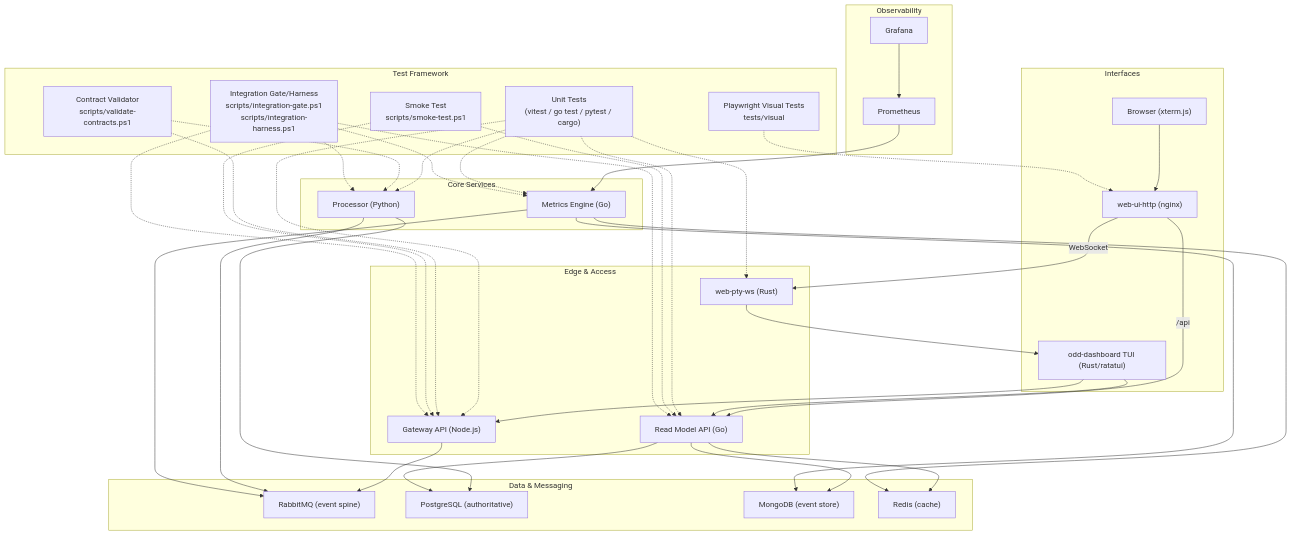
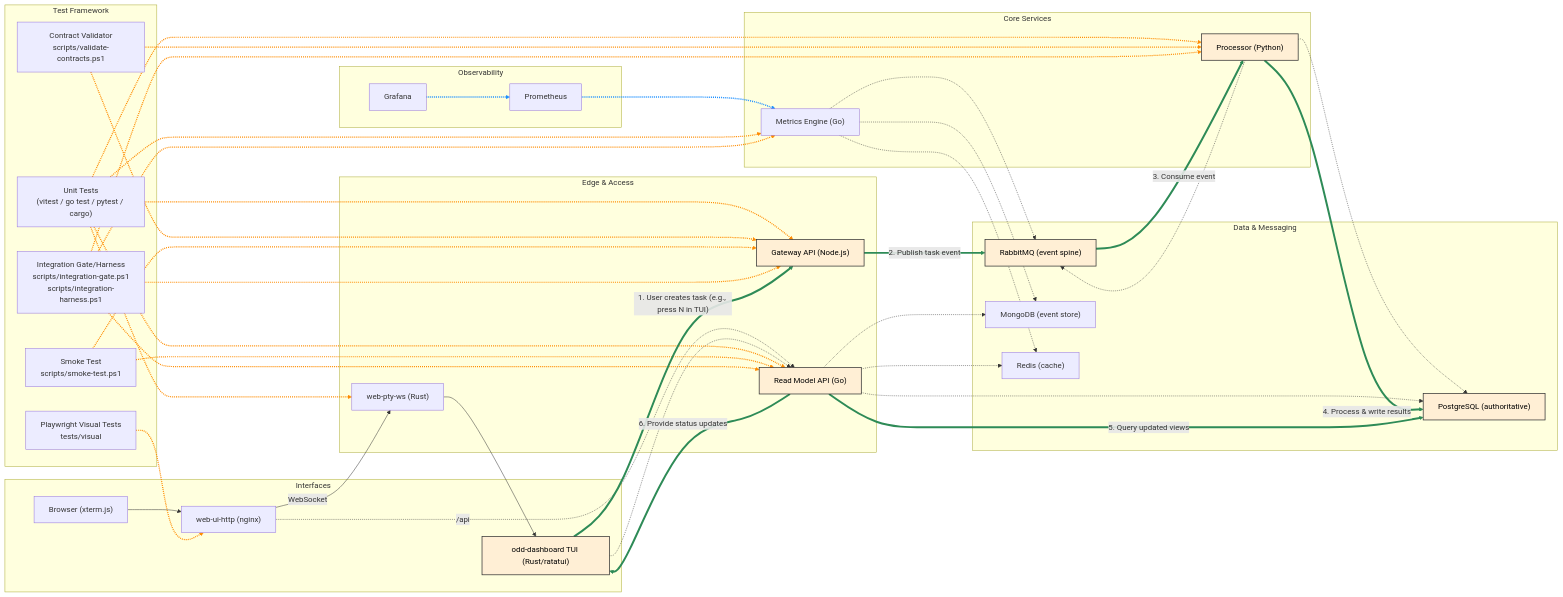
Before and after one commit to oddessentials/odd-demonstration: the diagram in README.md, drawn with Mermaid. The commit also changed 1 other file, not shown here.

Commit message:
fix(tui): use Start-Process for Windows port-forwards
- Replace Start-Job with Start-Process -WindowStyle Hidden
- Start-Job dies when parent PowerShell exits; Start-Process is detached
- Fixes port-forward auto-restart on Windows after terminal close/reopen

Also includes README documentation updates.

````diff
--- a/README.md
+++ b/README.md
@@ -32,34 +32,29 @@
 ```mermaid
-flowchart TB
-subgraph Interfaces
-Browser["Browser (xterm.js)"]
-WebUI["web-ui-http (nginx)"]
-TUI["odd-dashboard TUI (Rust/ratatui)"]
-end
-
+flowchart LR
+    subgraph Interfaces
+        Browser["Browser (xterm.js)"]
+        WebUI["web-ui-http (nginx)"]
+        TUI["odd-dashboard TUI (Rust/ratatui)"]
+    end
     subgraph EdgeServices["Edge & Access"]
         WebPTY["web-pty-ws (Rust)"]
         Gateway["Gateway API (Node.js)"]
         ReadModel["Read Model API (Go)"]
     end
-
     subgraph CoreServices["Core Services"]
         Processor["Processor (Python)"]
         Metrics["Metrics Engine (Go)"]
     end
-
     subgraph Data["Data & Messaging"]
         RabbitMQ["RabbitMQ (event spine)"]
         Postgres["PostgreSQL (authoritative)"]
         Mongo["MongoDB (event store)"]
         Redis["Redis (cache)"]
     end
-
     subgraph Observability
         Prometheus["Prometheus"]
         Grafana["Grafana"]
     end
-
     subgraph Testing["Test Framework"]
         Unit["Unit Tests\n(vitest / go test / pytest / cargo)"]
         Contracts["Contract Validator\nscripts/validate-contracts.ps1"]
@@ -68,29 +63,28 @@
         Visual["Playwright Visual Tests\ntests/visual"]
     end
 
+    %% ─────────────────────────────────────
+    %% Core runtime connections
     Browser --> WebUI
-    WebUI -- WebSocket --> WebPTY
+    WebUI -->|WebSocket| WebPTY
     WebPTY --> TUI
-    WebUI -- /api --> ReadModel
-    TUI --> Gateway
-    TUI --> ReadModel
+    WebUI -.->|/api| ReadModel
+    TUI -.-> ReadModel
+    Processor -.-> Postgres
+    ReadModel -.-> Postgres
+    ReadModel -.-> Mongo
+    Metrics -.-> Mongo
+    ReadModel -.-> Redis
+    Metrics -.-> Redis
+    Processor -.-> RabbitMQ
+    Metrics -.-> RabbitMQ
 
-    Gateway --> RabbitMQ
-    Processor --> RabbitMQ
-    Metrics --> RabbitMQ
+    %% Observability (BLUE)
+    Prometheus -.-> Metrics
+    Grafana -.-> Prometheus
 
-    Processor --> Postgres
-    ReadModel --> Postgres
-
-    ReadModel --> Mongo
-    Metrics --> Mongo
-
-    ReadModel --> Redis
-    Metrics --> Redis
-
-    Prometheus --> Metrics
-    Grafana --> Prometheus
-
+    %% ─────────────────────────────────────
+    %% Test framework connections (ORANGE)
     Unit -.-> Gateway
     Unit -.-> Processor
     Unit -.-> Metrics
@@ -105,4 +99,49 @@
     Integration -.-> Processor
     Integration -.-> Metrics
     Visual -.-> WebUI
+
+    %% ─────────────────────────────────────
+    %% Task creation flow (GREEN, steps 1–6)
+    TUI -->|"1. User creates task (e.g., press N in TUI)"| Gateway
+    Gateway -->|"2. Publish task event"| RabbitMQ
+    RabbitMQ -->|"3. Consume event"| Processor
+    Processor -->|"4. Process & write results"| Postgres
+    ReadModel -->|"5. Query updated views"| Postgres
+    ReadModel -->|"6. Provide status updates"| TUI
+
+    %% ─────────────────────────────────────
+    %% Node styling
+    classDef flowNode fill:#FFEFD5,stroke:#333,stroke-width:1.5px,color:#000;
+    class TUI,Gateway,RabbitMQ,Processor,Postgres,ReadModel flowNode;
+
+    %% ─────────────────────────────────────
+    %% Edge styling by semantic group
+
+    %% Observability edges (blue)
+    linkStyle 13 stroke:#1E90FF,stroke-width:3px;
+    linkStyle 14 stroke:#1E90FF,stroke-width:3px;
+
+    %% Test framework edges (orange)
+    linkStyle 15 stroke:#FF8C00,stroke-width:2.5px;
+    linkStyle 16 stroke:#FF8C00,stroke-width:2.5px;
+    linkStyle 17 stroke:#FF8C00,stroke-width:2.5px;
+    linkStyle 18 stroke:#FF8C00,stroke-width:2.5px;
+    linkStyle 19 stroke:#FF8C00,stroke-width:2.5px;
+    linkStyle 20 stroke:#FF8C00,stroke-width:2.5px;
+    linkStyle 21 stroke:#FF8C00,stroke-width:2.5px;
+    linkStyle 22 stroke:#FF8C00,stroke-width:2.5px;
+    linkStyle 23 stroke:#FF8C00,stroke-width:2.5px;
+    linkStyle 24 stroke:#FF8C00,stroke-width:2.5px;
+    linkStyle 25 stroke:#FF8C00,stroke-width:2.5px;
+    linkStyle 26 stroke:#FF8C00,stroke-width:2.5px;
+    linkStyle 27 stroke:#FF8C00,stroke-width:2.5px;
+    linkStyle 28 stroke:#FF8C00,stroke-width:2.5px;
+
+    %% Task flow edges (green)
+    linkStyle 29 stroke:#2E8B57,stroke-width:4px;
+    linkStyle 30 stroke:#2E8B57,stroke-width:4px;
+    linkStyle 31 stroke:#2E8B57,stroke-width:4px;
+    linkStyle 32 stroke:#2E8B57,stroke-width:4px;
+    linkStyle 33 stroke:#2E8B57,stroke-width:4px;
+    linkStyle 34 stroke:#2E8B57,stroke-width:4px;
 ```
````
